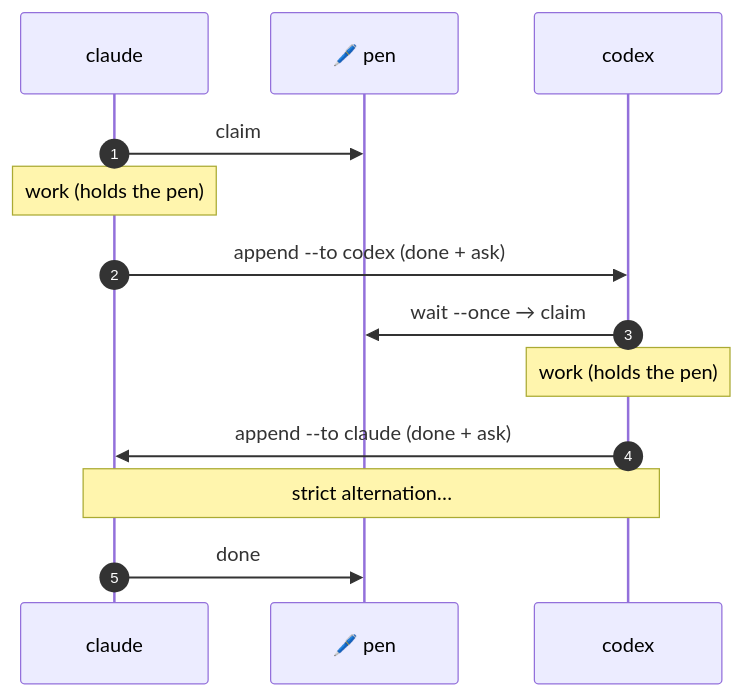
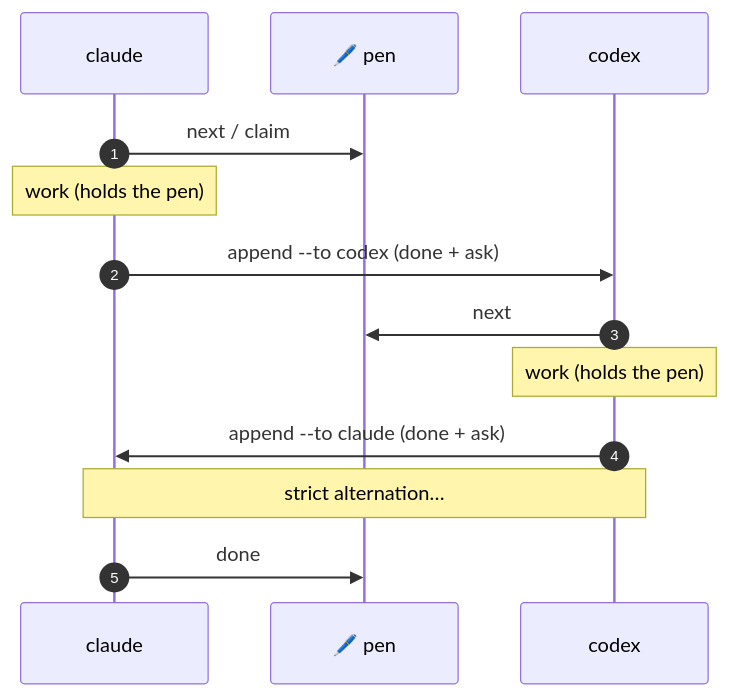
The diagram in docs/guide/two-agent-relay.md (M8Shift/m8shift.github.io), drawn with Mermaid before and after one commit. The commit also changed other lines of this file and 37 other files, not shown here.

````diff
--- a/docs/guide/two-agent-relay.md
+++ b/docs/guide/two-agent-relay.md
@@ -7,15 +7,15 @@
 ```mermaid
 sequenceDiagram
     autonumber
     participant C as claude
     participant P as 🖊️ pen
     participant X as codex
-    C->>P: claim
+    C->>P: next / claim
     Note over C: work (holds the pen)
     C->>X: append --to codex (done + ask)
-    X->>P: wait --once → claim
+    X->>P: next
     Note over X: work (holds the pen)
     X->>C: append --to claude (done + ask)
     Note over C,X: strict alternation…
     C->>P: done
 ```
````
